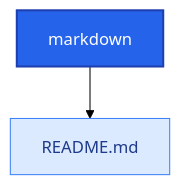
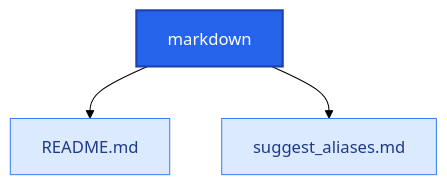
The diagram in markdown/README.md (Richie086/scripts-public), drawn with Mermaid (forest theme) before and after one commit. The commit also changed 5 other files, not shown here.

Commit message:
Add suggest_aliases.py utility script and documentation with auto-generated README catalog

````diff
--- a/markdown/README.md
+++ b/markdown/README.md
@@ -11,7 +11,8 @@
 ```mermaid
 graph TD
 	root["markdown"]:::root --> n1["README.md"]:::file-md
+	root["markdown"]:::root --> n2["suggest_aliases.md"]:::file-md
 classDef root fill:#2563eb,stroke:#1e40af,stroke-width:2px,color:#ffffff;
 classDef folder fill:#fbbf24,stroke:#d97706,stroke-width:1px,color:#451a03;
 classDef file-md fill:#dbeafe,stroke:#3b82f6,stroke-width:1px,color:#1e3a8a;
 ```
````
